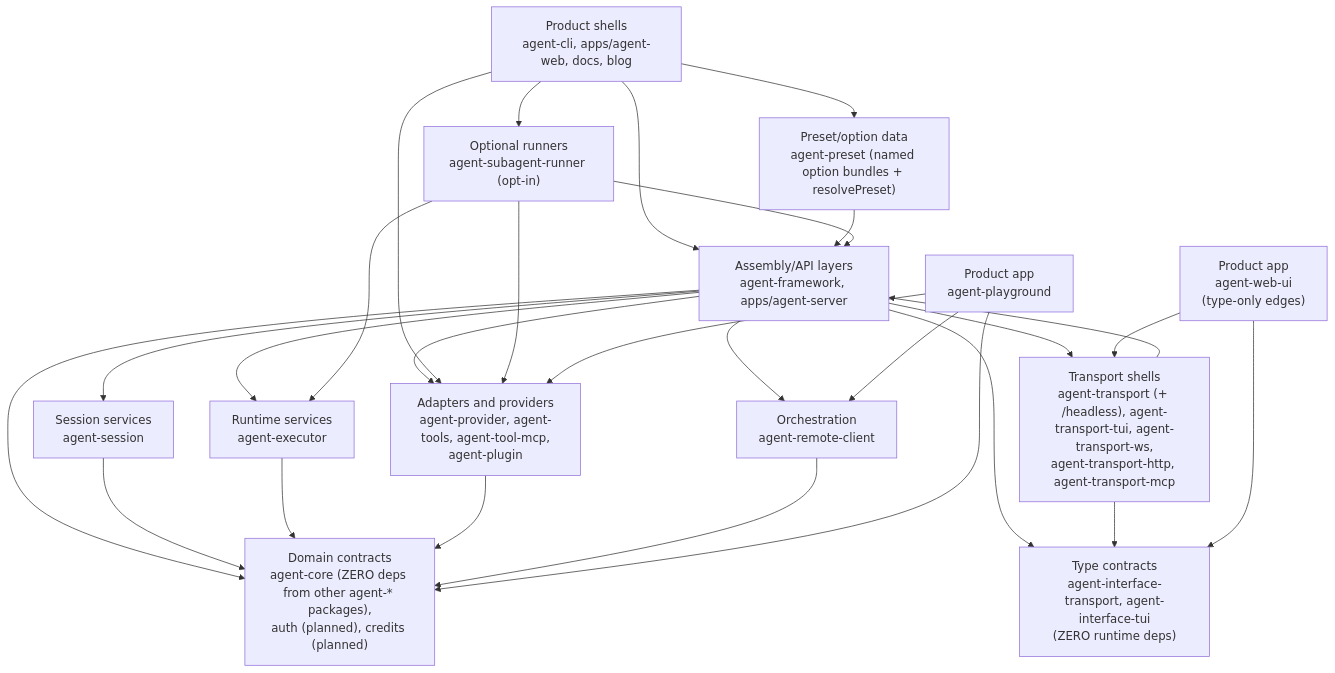
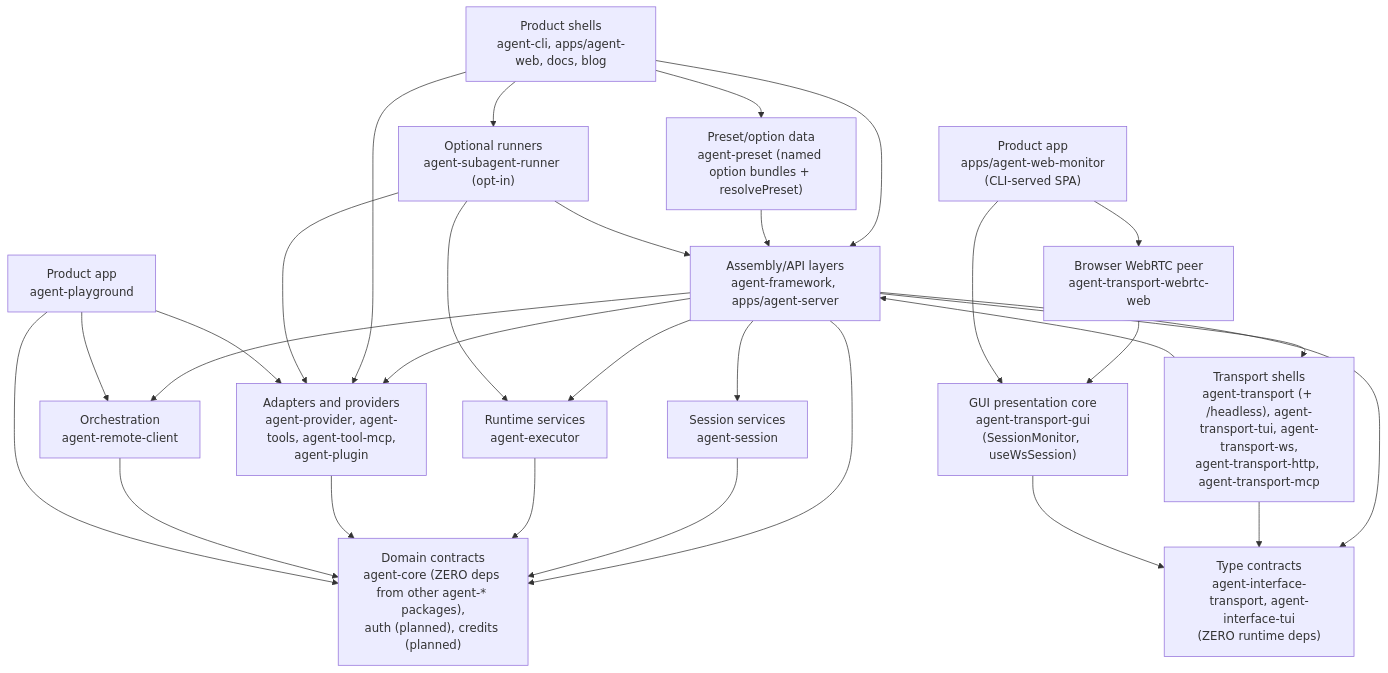
The diagram in .agents/specs/architecture-map/dependency-direction.md (woojubb/robota), drawn with Mermaid before and after one commit. The commit also changed 20 other files, not shown here.

First line of the commit message:
docs(gui): sweep retired agent-web-ui refs; GUI-006 conformance fixes

````diff
--- a/.agents/specs/architecture-map/dependency-direction.md
+++ b/.agents/specs/architecture-map/dependency-direction.md
@@ -9,43 +9,47 @@
 ```mermaid
 flowchart TD
   ProductShells["Product shells\nagent-cli, apps/agent-web, docs, blog"]
   Playground["Product app\nagent-playground"]
-  WebUi["Product app\nagent-web-ui\n(type-only edges)"]
+  TransportGui["GUI presentation core\nagent-transport-gui\n(SessionMonitor, useWsSession)"]
+  WebRtcWeb["Browser WebRTC peer\nagent-transport-webrtc-web"]
+  WebMonitor["Product app\napps/agent-web-monitor\n(CLI-served SPA)"]
   Assembly["Assembly/API layers\nagent-framework, apps/agent-server"]
   Preset["Preset/option data\nagent-preset (named option bundles + resolvePreset)"]
   TransportShells["Transport shells\nagent-transport (+ /headless), agent-transport-tui, agent-transport-ws,\nagent-transport-http, agent-transport-mcp"]
   TypeContracts["Type contracts\nagent-interface-transport, agent-interface-tui\n(ZERO runtime deps)"]
   Orchestration["Orchestration\nagent-remote-client"]
   Sessions["Session services\nagent-session"]
   Executor["Runtime services\nagent-executor"]
   Domain["Domain contracts\nagent-core (ZERO deps from other agent-* packages),\nauth (planned), credits (planned)"]
   Adapters["Adapters and providers\nagent-provider, agent-tools, agent-tool-mcp,\nagent-plugin"]
   OptIn["Optional runners\nagent-subagent-runner (opt-in)"]
 
   ProductShells --> Assembly
   Preset --> Assembly
   ProductShells --> Preset
   Assembly --> Sessions
   Assembly --> Executor
   Assembly --> Domain
   Assembly --> TypeContracts
   Sessions --> Domain
   Executor --> Domain
   Assembly --> Adapters
   ProductShells --> Adapters
   ProductShells --> OptIn
   Adapters --> Domain
   TransportShells --> Assembly
   TransportShells --> TypeContracts
   Assembly --> TransportShells
   Orchestration --> Domain
   Assembly --> Orchestration
   OptIn --> Assembly
   OptIn --> Executor
   OptIn --> Adapters
   Playground --> Domain
   Playground --> Adapters
   Playground --> Orchestration
-  WebUi --> TypeContracts
-  WebUi --> TransportShells
+  TransportGui --> TypeContracts
+  WebRtcWeb --> TransportGui
+  WebMonitor --> TransportGui
+  WebMonitor --> WebRtcWeb
 ```
````
